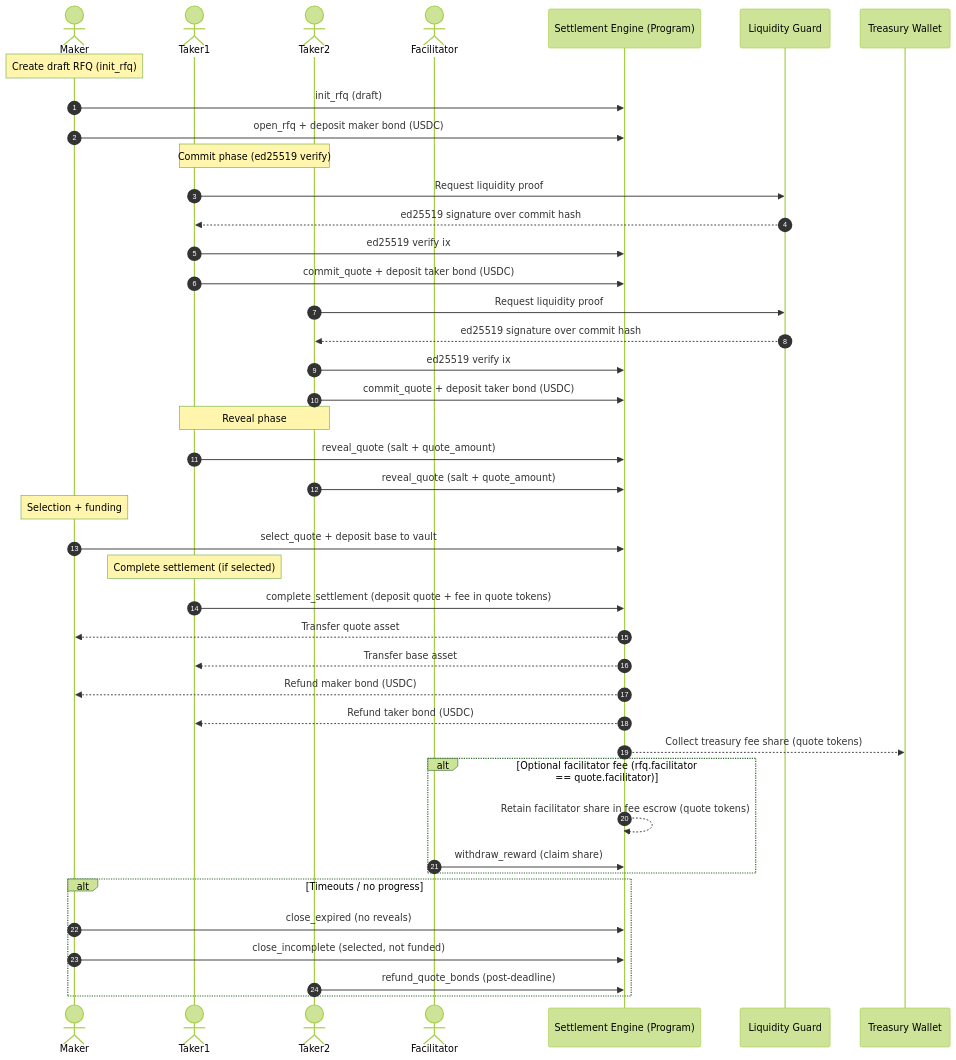
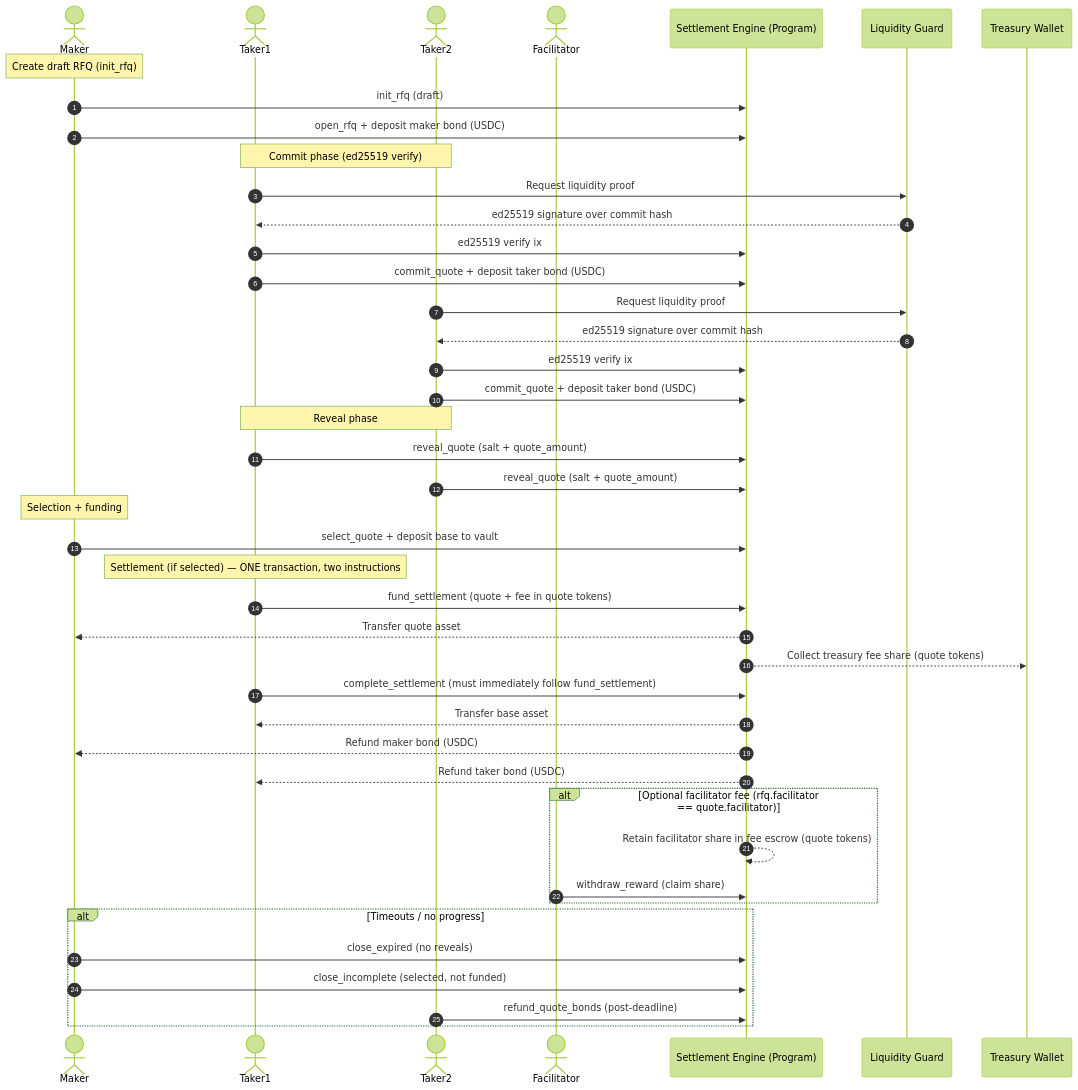
Before and after one commit to unleaktrade/settlement-engine: the diagram in README.md, drawn with Mermaid (forest theme). The commit also changed other lines of this file and 7 other files, not shown here.

````diff
--- a/README.md
+++ b/README.md
@@ -243,52 +243,53 @@
 ```mermaid
 sequenceDiagram
     autonumber
     actor Maker
     actor Taker1
     actor Taker2
     actor Facilitator
     participant SE as Settlement Engine (Program)
     participant LG as Liquidity Guard
     participant Treas as Treasury Wallet
 
     Note over Maker: Create draft RFQ (init_rfq)
     Maker->>SE: init_rfq (draft)
     Maker->>SE: open_rfq + deposit maker bond (USDC)
 
     Note over Taker1,Taker2: Commit phase (ed25519 verify)
     Taker1->>LG: Request liquidity proof
     LG-->>Taker1: ed25519 signature over commit hash
     Taker1->>SE: ed25519 verify ix
     Taker1->>SE: commit_quote + deposit taker bond (USDC)
 
     Taker2->>LG: Request liquidity proof
     LG-->>Taker2: ed25519 signature over commit hash
     Taker2->>SE: ed25519 verify ix
     Taker2->>SE: commit_quote + deposit taker bond (USDC)
 
     Note over Taker1,Taker2: Reveal phase
     Taker1->>SE: reveal_quote (salt + quote_amount)
     Taker2->>SE: reveal_quote (salt + quote_amount)
 
     Note over Maker: Selection + funding
     Maker->>SE: select_quote + deposit base to vault
 
-    Note over Taker1: Complete settlement (if selected)
-    Taker1->>SE: complete_settlement (deposit quote + fee in quote tokens)
+    Note over Taker1: Settlement (if selected) — ONE transaction, two instructions
+    Taker1->>SE: fund_settlement (quote + fee in quote tokens)
     SE-->>Maker: Transfer quote asset
+    SE-->>Treas: Collect treasury fee share (quote tokens)
+    Taker1->>SE: complete_settlement (must immediately follow fund_settlement)
     SE-->>Taker1: Transfer base asset
     SE-->>Maker: Refund maker bond (USDC)
     SE-->>Taker1: Refund taker bond (USDC)
-    SE-->>Treas: Collect treasury fee share (quote tokens)
 
     alt Optional facilitator fee (rfq.facilitator == quote.facilitator)
         SE-->>SE: Retain facilitator share in fee escrow (quote tokens)
         Facilitator->>SE: withdraw_reward (claim share)
     end
 
     alt Timeouts / no progress
         Maker->>SE: close_expired (no reveals)
         Maker->>SE: close_incomplete (selected, not funded)
         Taker2->>SE: refund_quote_bonds (post-deadline)
     end
 ```
````
